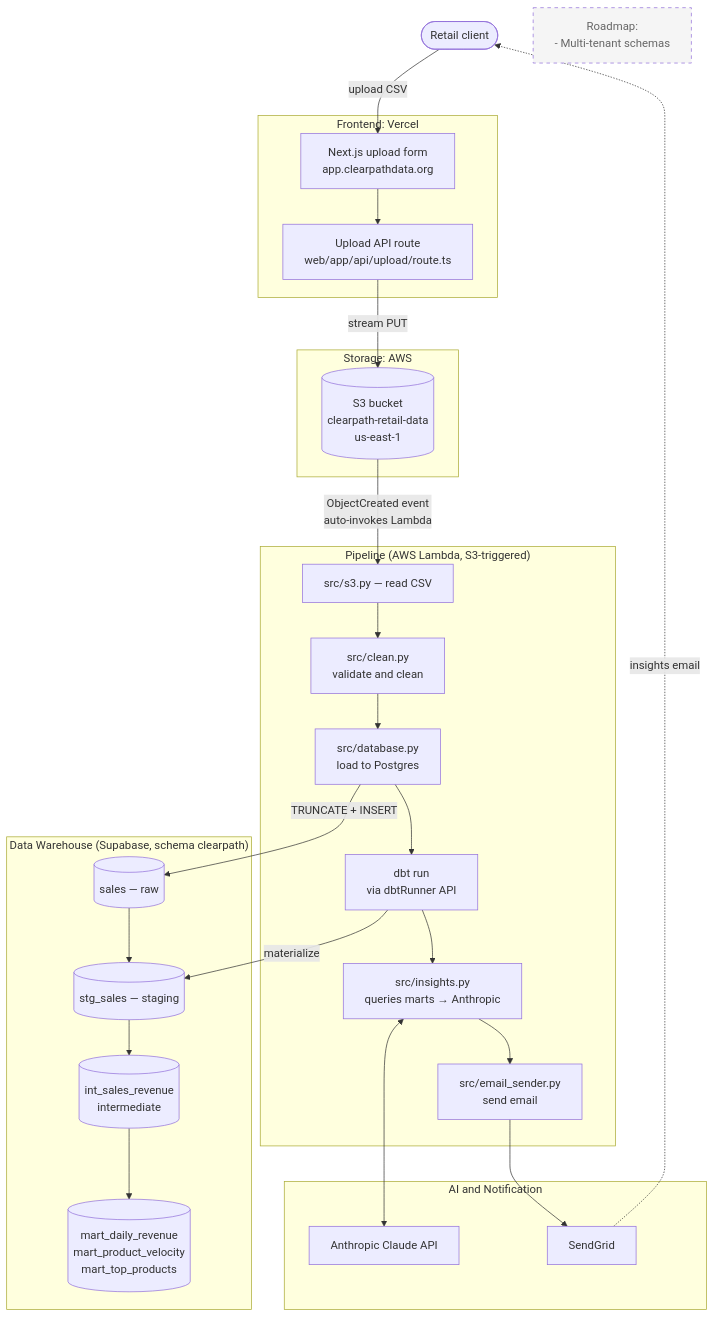
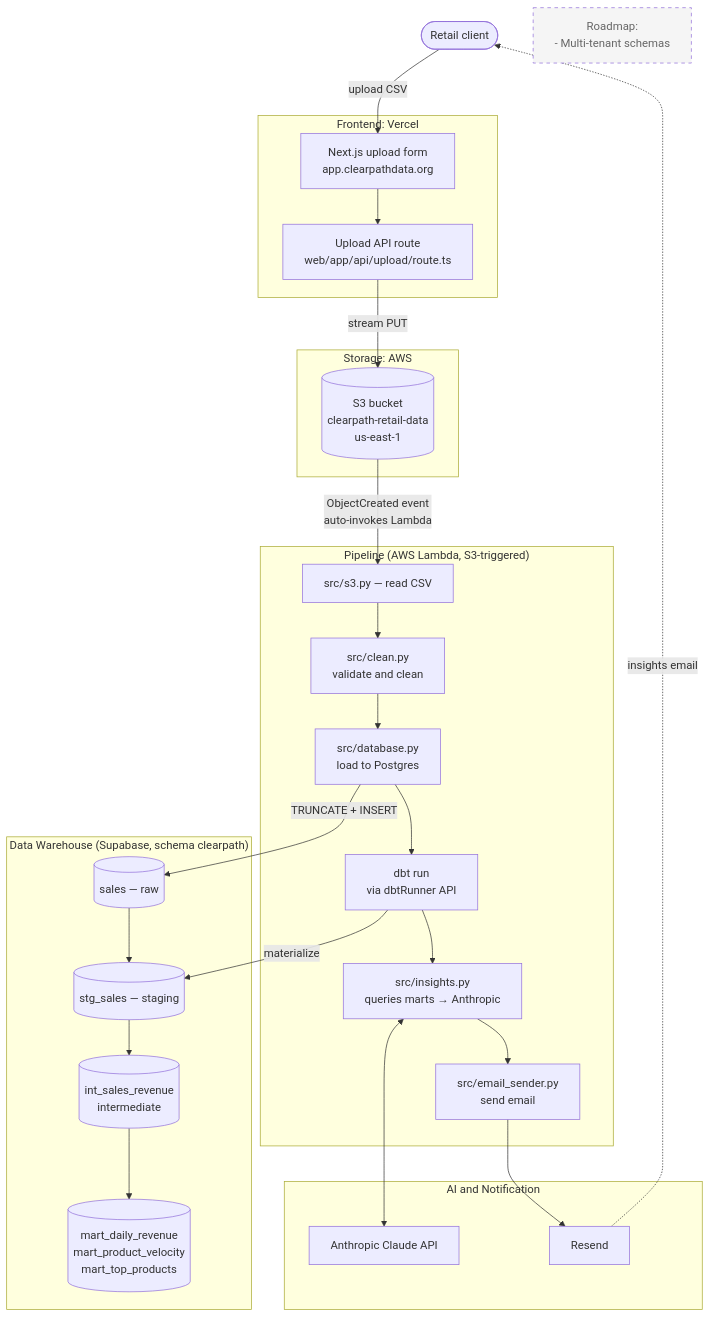
Before and after one commit to mccastanedap/clearpath: the diagram in README.md, drawn with Mermaid. The commit also changed other lines of this file, not shown here.

Commit message:
Update README: SendGrid -> Resend

````diff
--- a/README.md
+++ b/README.md
@@ -16,50 +16,50 @@
 ```mermaid
 flowchart TD
     Client(["Retail client"])
 
     subgraph FE["Frontend: Vercel"]
         UI["Next.js upload form<br/>app.clearpathdata.org"]
         API["Upload API route<br/>web/app/api/upload/route.ts"]
         UI --> API
     end
 
     subgraph AWS["Storage: AWS"]
         S3[("S3 bucket<br/>clearpath-retail-data<br/>us-east-1")]
     end
 
     subgraph PIPE["Pipeline (AWS Lambda, S3-triggered)"]
         S3R["src/s3.py — read CSV"]
         CL["src/clean.py<br/>validate and clean"]
         DB["src/database.py<br/>load to Postgres"]
         DBT["dbt run<br/>via dbtRunner API"]
         IN["src/insights.py<br/>queries marts → Anthropic"]
         EM["src/email_sender.py<br/>send email"]
         S3R --> CL --> DB --> DBT --> IN --> EM
     end
 
     subgraph DW["Data Warehouse (Supabase, schema clearpath)"]
         RAW[("sales — raw")]
         STG[("stg_sales — staging")]
         INT[("int_sales_revenue<br/>intermediate")]
         MRT[("mart_daily_revenue<br/>mart_product_velocity<br/>mart_top_products")]
         RAW --> STG --> INT --> MRT
     end
 
     subgraph EXT["AI and Notification"]
         ANT["Anthropic Claude API"]
-        SG["SendGrid"]
+        SG["Resend"]
     end
 
     Client -- "upload CSV" --> UI
     API -- "stream PUT" --> S3
     S3 -- "ObjectCreated event<br/>auto-invokes Lambda" --> S3R
     DB -- "TRUNCATE + INSERT" --> RAW
     DBT -- "materialize" --> STG
     IN <--> ANT
     EM --> SG
     SG -. "insights email" .-> Client
 
     ROADMAP["Roadmap:<br/>- Multi-tenant schemas"]:::roadmap
 
     classDef roadmap stroke-dasharray: 5 5,fill:#f5f5f5,color:#666
 ```
````
